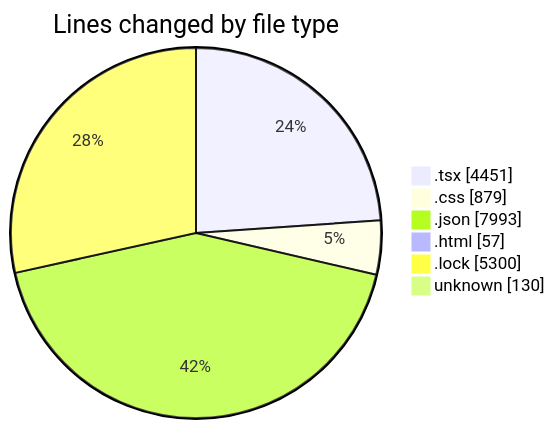
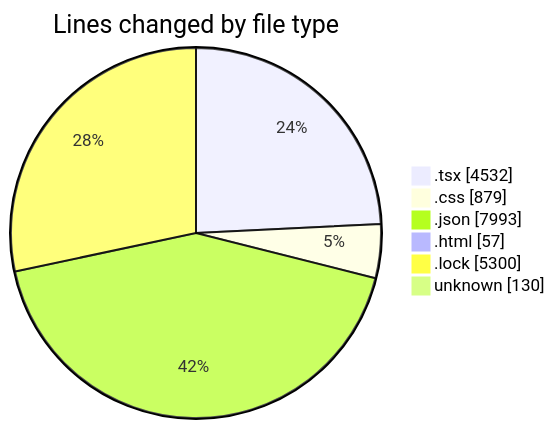
Before and after one commit to EIIisD/code-tracking: the first of 2 diagrams in 2025-08-12/ribbon/README.md, drawn with Mermaid. The commit also changed other lines of this file and 1 other file, not shown here.

````diff
--- a/2025-08-12/ribbon/README.md
+++ b/2025-08-12/ribbon/README.md
@@ -41,10 +41,10 @@
 ```mermaid
 pie showData
 title Lines changed by file type
-".tsx" : 4451
+".tsx" : 4532
 ".css" : 879
 ".json" : 7993
 ".html" : 57
 ".lock" : 5300
 "unknown" : 130
 ```
````
